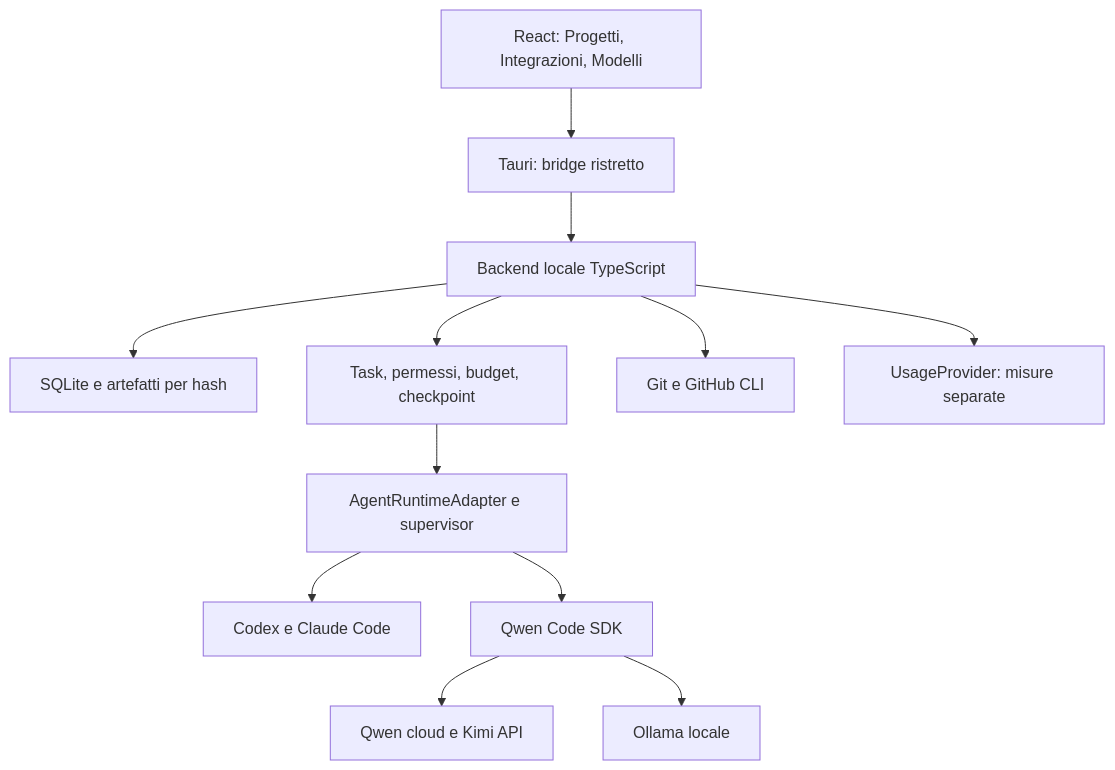
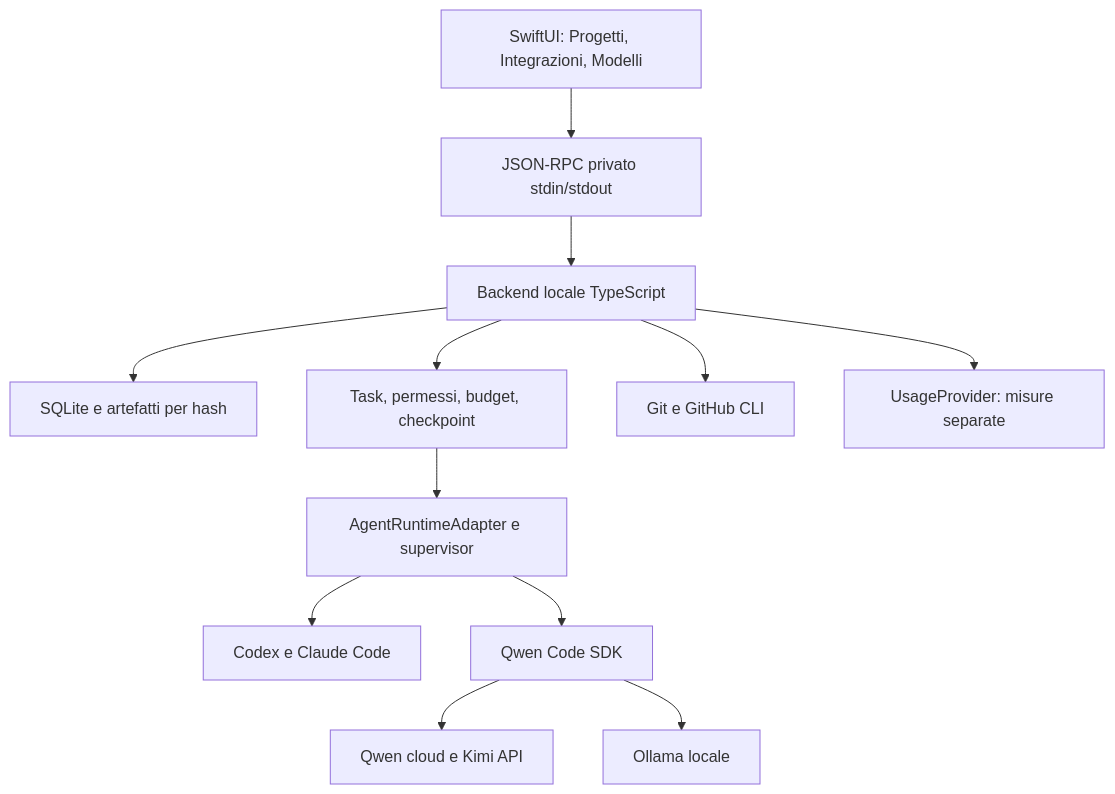
One commit to francemazzi/lagoto changed the diagram in docs/architecture.md. Above: the diagram before and after it, drawn with Mermaid. The commit also changed other lines of this file and 61 other files, not shown here.

````diff
--- a/docs/architecture.md
+++ b/docs/architecture.md
@@ -9,14 +9,14 @@
 ```mermaid
 flowchart TD
-  UI[React: Progetti, Integrazioni, Modelli] --> IPC[Tauri: bridge ristretto]
+  UI[SwiftUI: Progetti, Integrazioni, Modelli] --> IPC[JSON-RPC privato stdin/stdout]
   IPC --> Core[Backend locale TypeScript]
   Core --> State[SQLite e artefatti per hash]
   Core --> Control[Task, permessi, budget, checkpoint]
   Core --> Git[Git e GitHub CLI]
   Control --> Runtime[AgentRuntimeAdapter e supervisor]
   Runtime --> Native[Codex e Claude Code]
   Runtime --> Qwen[Qwen Code SDK]
   Qwen --> API[Qwen cloud e Kimi API]
   Qwen --> Local[Ollama locale]
   Core --> Usage[UsageProvider: misure separate]
 ```
````
